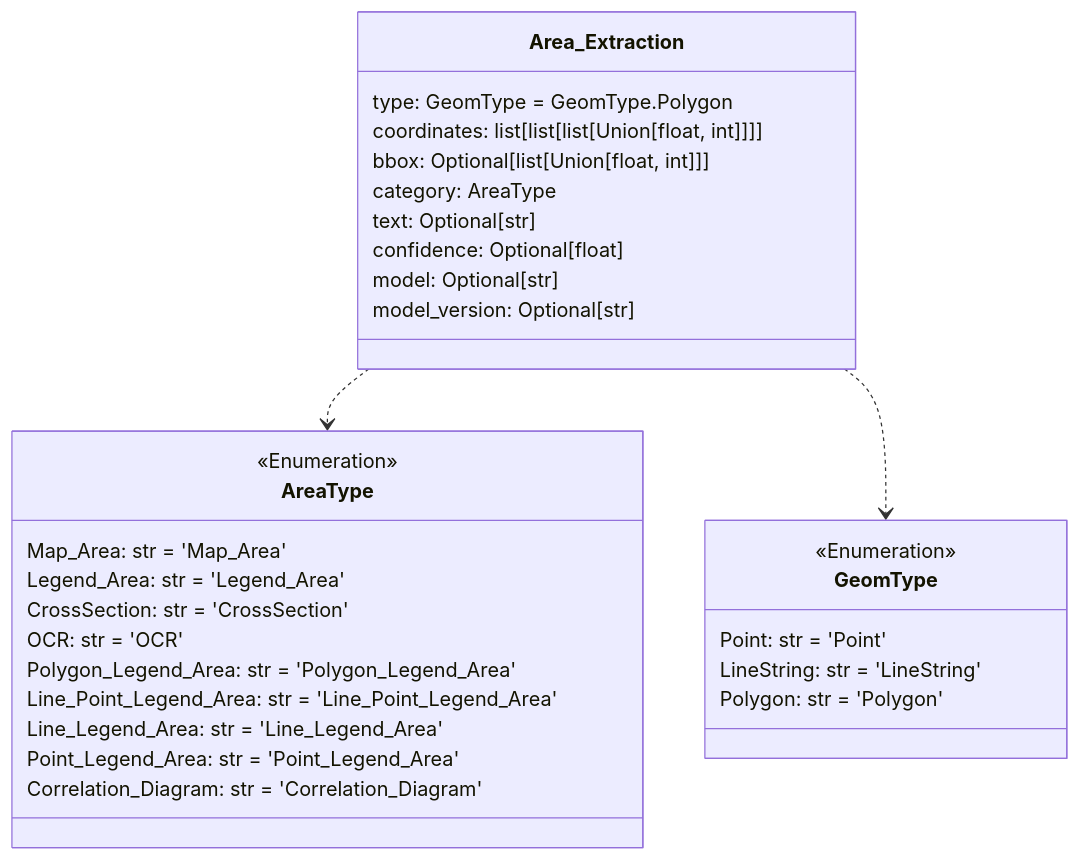
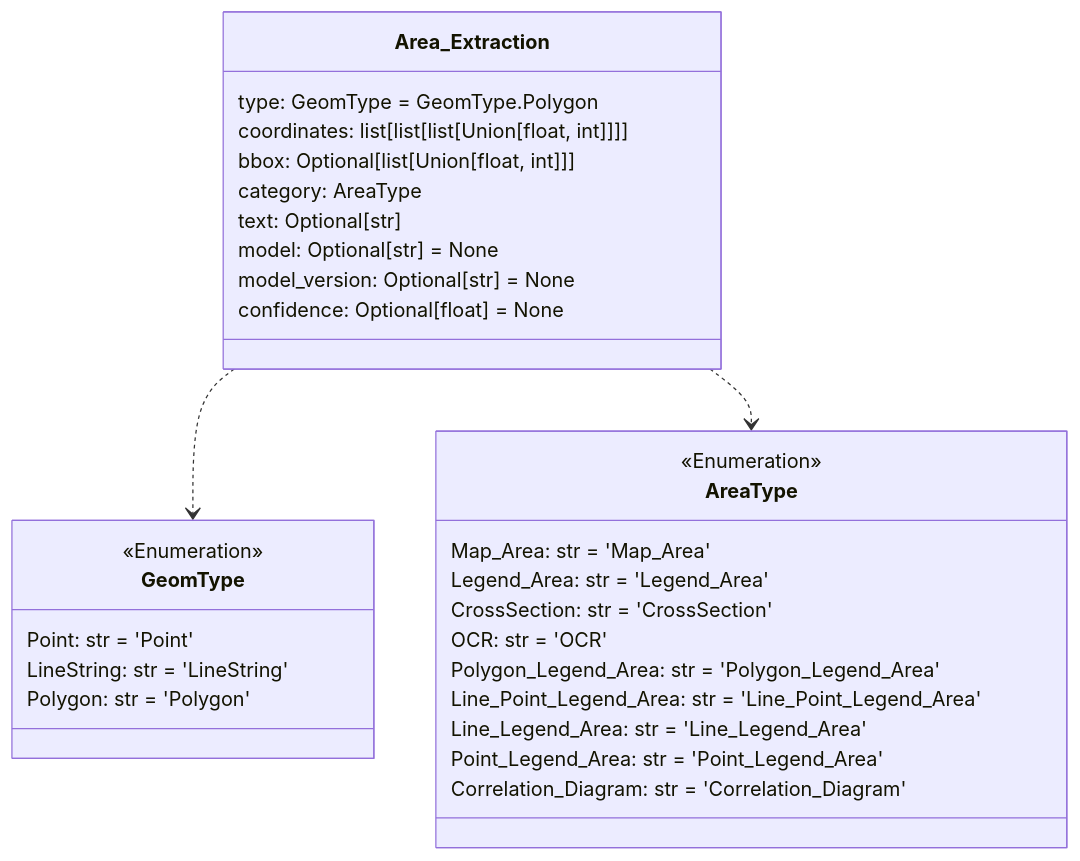
Before and after one commit to DARPA-CRITICALMAAS/cdr_schemas: the first of 12 diagrams in README.md, drawn with Mermaid. The commit also changed other lines of this file and 7 other files, not shown here.

````diff
--- a/README.md
+++ b/README.md
@@ -66,39 +66,39 @@
 ```mermaid
 classDiagram
+
+    class Area_Extraction {
+        type: GeomType = GeomType.Polygon
+        coordinates: list[list[list[Union[float, int]]]]
+        bbox: Optional[list[Union[float, int]]]
+        category: AreaType
+        text: Optional[str]
+        model: Optional[str] = None
+        model_version: Optional[str] = None
+        confidence: Optional[float] = None
+    }
+
+    class GeomType {
+        <<Enumeration>>
+        Point: str = 'Point'
+        LineString: str = 'LineString'
+        Polygon: str = 'Polygon'
+    }
 
     class AreaType {
         <<Enumeration>>
         Map_Area: str = 'Map_Area'
         Legend_Area: str = 'Legend_Area'
         CrossSection: str = 'CrossSection'
         OCR: str = 'OCR'
         Polygon_Legend_Area: str = 'Polygon_Legend_Area'
         Line_Point_Legend_Area: str = 'Line_Point_Legend_Area'
         Line_Legend_Area: str = 'Line_Legend_Area'
         Point_Legend_Area: str = 'Point_Legend_Area'
         Correlation_Diagram: str = 'Correlation_Diagram'
     }
 
-    class Area_Extraction {
-        type: GeomType = GeomType.Polygon
-        coordinates: list[list[list[Union[float, int]]]]
-        bbox: Optional[list[Union[float, int]]]
-        category: AreaType
-        text: Optional[str]
-        confidence: Optional[float]
-        model: Optional[str]
-        model_version: Optional[str]
-    }
-
-    class GeomType {
-        <<Enumeration>>
-        Point: str = 'Point'
-        LineString: str = 'LineString'
-        Polygon: str = 'Polygon'
-    }
-
+    Area_Extraction ..> GeomType
     Area_Extraction ..> AreaType
-    Area_Extraction ..> GeomType
 
 
 ```
````
